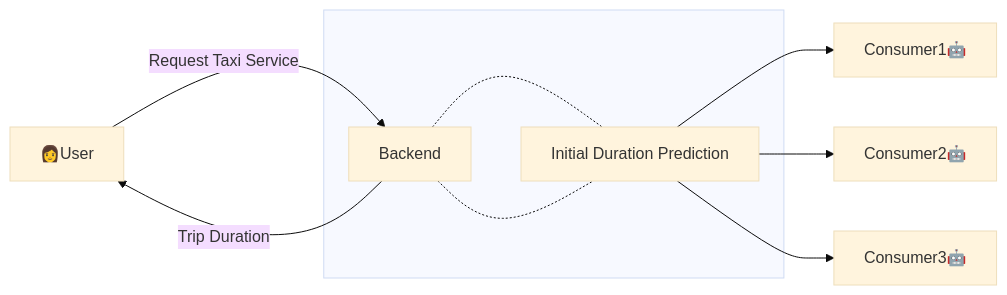
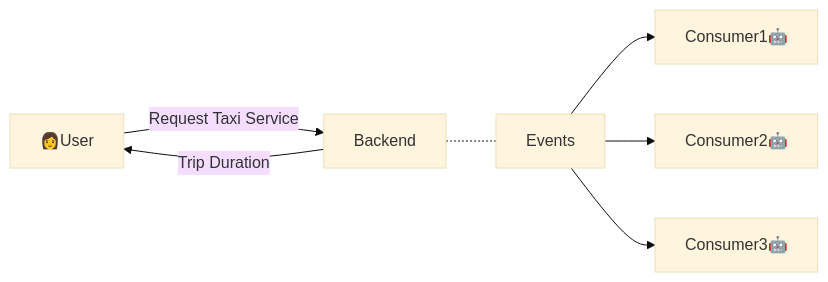
The fourth of 4 diagrams in week04/README.md (mossdet/mlops-dlp), drawn with Mermaid (base theme) before and after one commit.

````diff
--- a/week04/README.md
+++ b/week04/README.md
@@ -60,10 +60,6 @@
 ```mermaid
 graph LR
     User[👩User]--> |Request Taxi Service| Backend[Backend]
     Backend--> |Trip Duration| User
     Backend-.- note["Events"]--> Consumer1[Consumer1🤖] & Consumer2[Consumer2🤖] & Consumer3[Consumer3🤖]
-
-    subgraph noteB [" "]
-        Backend -.- note["Initial Duration Prediction"]
-    end
 ```
````
